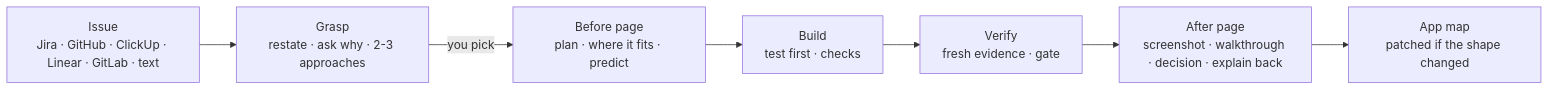
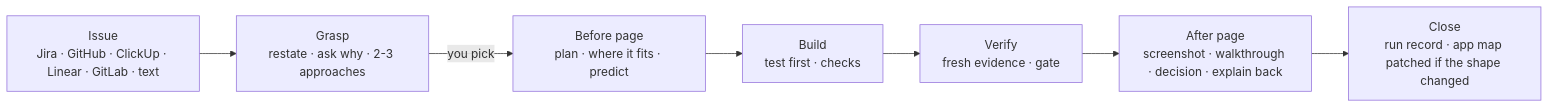
One commit to junrillg/grasp changed the second of 3 diagrams in README.md. Above: the diagram before and after it, drawn with Mermaid. The commit also changed other lines of this file and 62 other files, not shown here.

First line of the commit message:
feat: run records for every agent task, app overview at setup, workspaces of sub-projects (0.3.0)

````diff
--- a/README.md
+++ b/README.md
@@ -28,9 +56,9 @@
 ```mermaid
 flowchart LR
   I[Issue<br/>Jira · GitHub · ClickUp · Linear · GitLab · text] --> G[Grasp<br/>restate · ask why · 2-3 approaches]
   G -->|you pick| B[Before page<br/>plan · where it fits · predict]
   B --> D[Build<br/>test first · checks]
   D --> V[Verify<br/>fresh evidence · gate]
   V --> A[After page<br/>screenshot · walkthrough · decision · explain back]
-  A --> M[App map<br/>patched if the shape changed]
+  A --> M[Close<br/>run record · app map patched if the shape changed]
 ```
````
